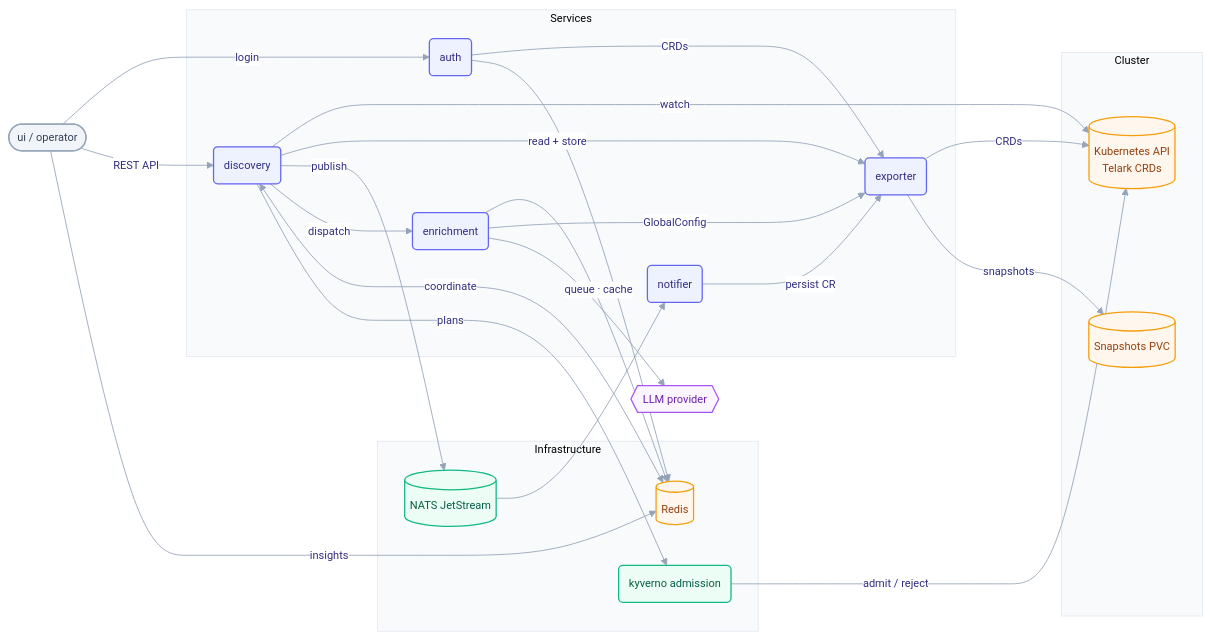
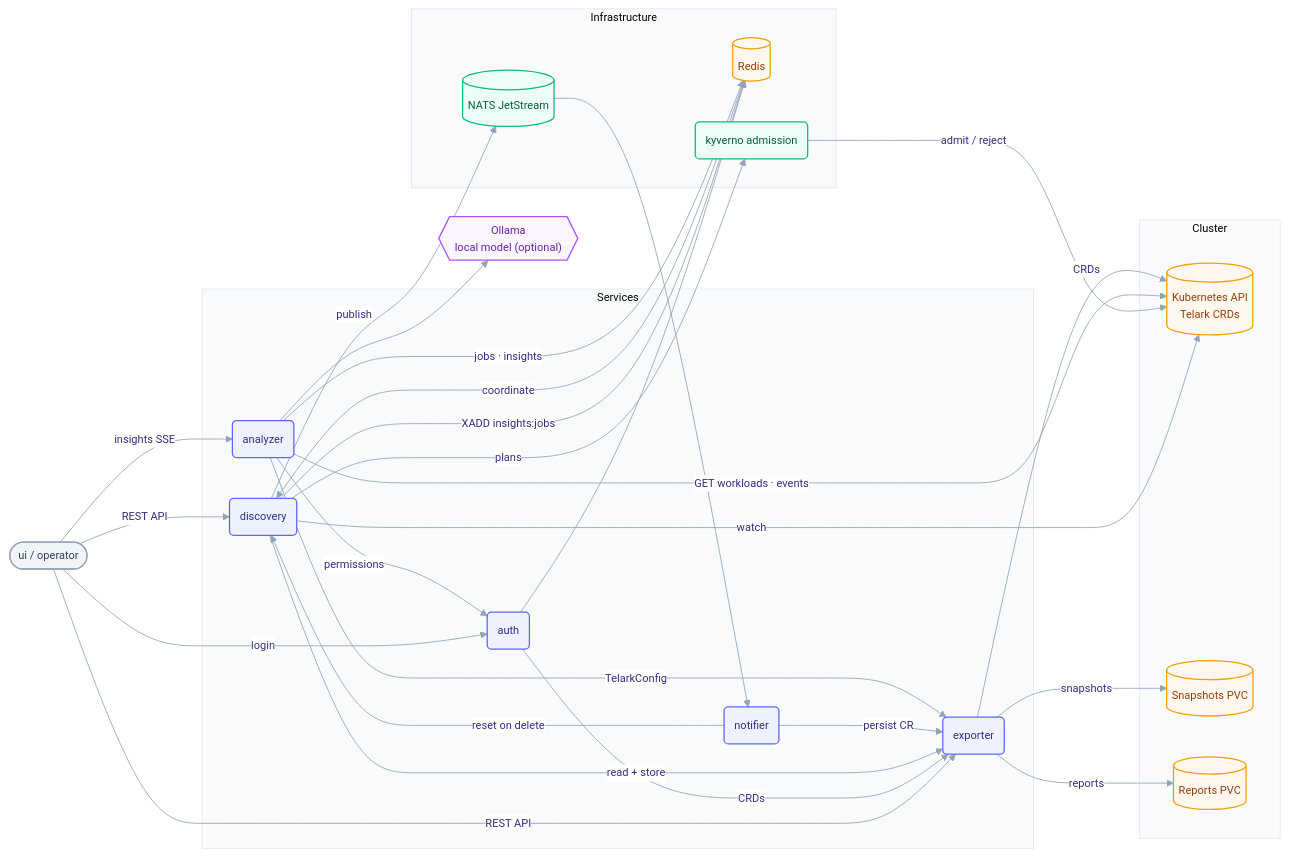
Before and after one commit to telark/telark: the diagram in docs/architecture.md, drawn with Mermaid. The commit also changed other lines of this file and 777 other files, not shown here.

````diff
--- a/docs/architecture.md
+++ b/docs/architecture.md
@@ -7,59 +7,65 @@
 ```mermaid
 %%{init: {"theme":"base","themeVariables":{"fontFamily":"ui-sans-serif, system-ui, -apple-system, Segoe UI, Roboto, sans-serif","fontSize":"13px","lineColor":"#94a3b8","primaryColor":"#eef2ff","primaryBorderColor":"#6366f1","primaryTextColor":"#312e81","edgeLabelBackground":"#ffffff","clusterBkg":"#f8fafc","clusterBorder":"#e2e8f0"},"flowchart":{"curve":"basis","htmlLabels":true,"nodeSpacing":48,"rankSpacing":64,"padding":12}}}%%
 flowchart LR
   UI(["ui / operator"])
 
   subgraph services["Services"]
     AUTH(auth)
     DISC(discovery)
     EXP(exporter)
-    ENR(enrichment)
+    ANL(analyzer)
     NTF(notifier)
   end
 
   subgraph infra["Infrastructure"]
     REDIS[("Redis")]
     NATS[("NATS JetStream")]
     KYV(kyverno admission)
   end
 
   subgraph cluster["Cluster"]
     K8S[("Kubernetes API<br/>Telark CRDs")]
     PVC[("Snapshots PVC")]
+    RPVC[("Reports PVC")]
   end
 
-  LLM{{"LLM provider"}}
+  LLM{{"Ollama<br/>local model (optional)"}}
 
   UI -->|login| AUTH
   UI -->|REST API| DISC
-  UI -->|insights| REDIS
+  UI -->|insights SSE| ANL
+  UI -->|REST API| EXP
 
   AUTH -->|CRDs| EXP
   AUTH --> REDIS
 
   DISC -->|watch| K8S
   DISC -->|read + store| EXP
   DISC -->|publish| NATS --> NTF -->|persist CR| EXP
-  DISC -->|dispatch| ENR
+  NTF -->|reset on delete| DISC
+  DISC -->|XADD insights:jobs| REDIS
   DISC <-->|coordinate| REDIS
   DISC -->|plans| KYV
   KYV -->|admit / reject| K8S
 
-  ENR -->|queue · cache| REDIS
-  ENR -->|GlobalConfig| EXP
-  ENR --> LLM
+  ANL -->|jobs · insights| REDIS
+  ANL -->|TelarkConfig| EXP
+  ANL -->|permissions| AUTH
+  ANL --> LLM
+  ANL -->|GET workloads · events| K8S
 
   EXP -->|CRDs| K8S
   EXP -->|snapshots| PVC
+  EXP -->|reports| RPVC
 
   classDef svc fill:#eef2ff,stroke:#6366f1,stroke-width:1.5px,color:#312e81;
   classDef infra fill:#ecfdf5,stroke:#10b981,stroke-width:1.5px,color:#065f46;
   classDef store fill:#fff7ed,stroke:#f59e0b,stroke-width:1.5px,color:#92400e;
   classDef peer fill:#f1f5f9,stroke:#94a3b8,stroke-width:1.5px,color:#334155;
   classDef ext fill:#faf5ff,stroke:#a855f7,stroke-width:1.5px,color:#6b21a8;
-  class AUTH,DISC,EXP,ENR,NTF svc;
+  class AUTH,DISC,EXP,ANL,NTF svc;
   class NATS,KYV infra;
-  class REDIS,K8S,PVC store;
+  class REDIS,K8S,PVC,RPVC store;
   class UI peer;
   class LLM ext;
 ```
````
